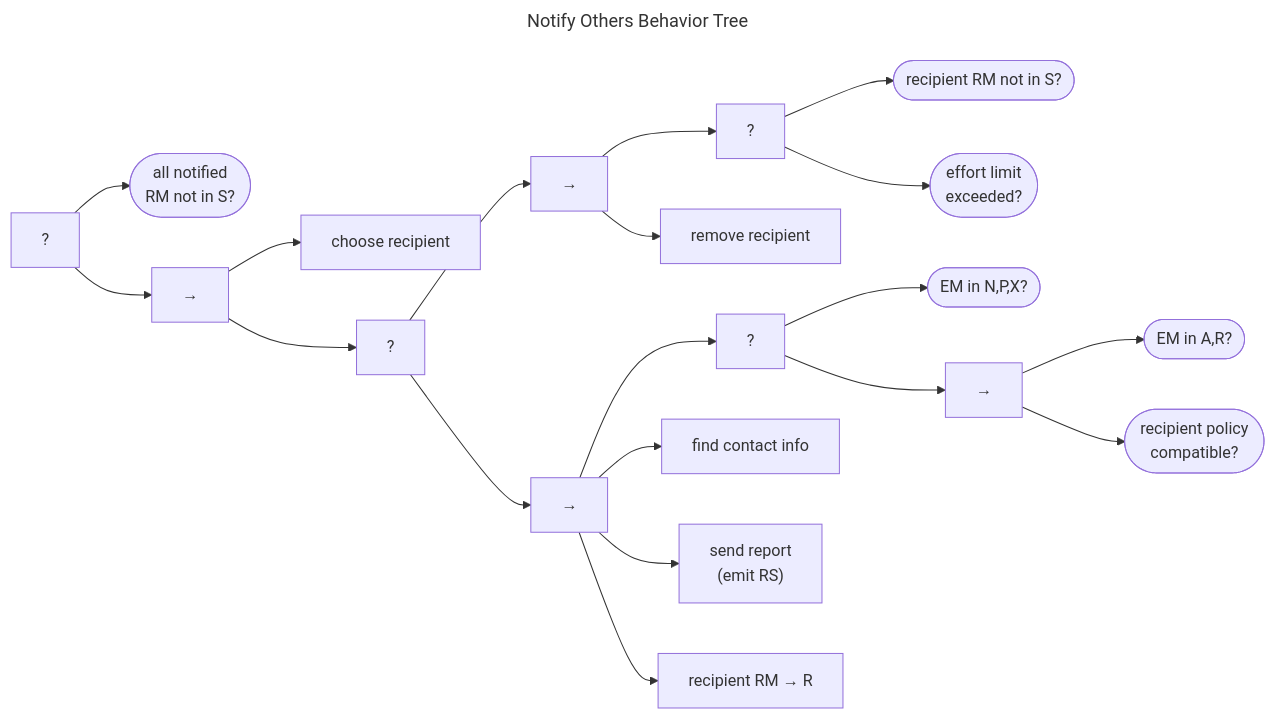
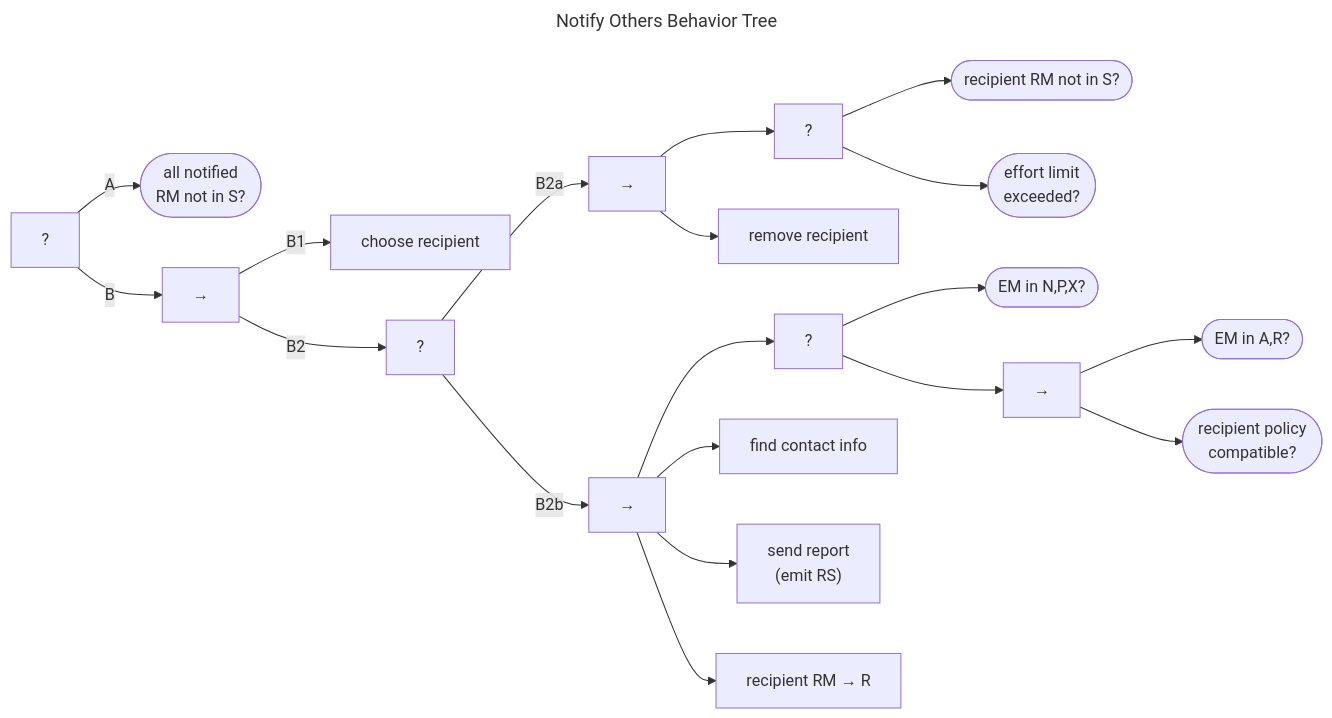
The third of 3 diagrams in docs/topics/behavior_logic/reporting_bt.md (CERTCC/Vultron), drawn with Mermaid before and after one commit. The commit also changed other lines of this file and 21 other files, not shown here.

````diff
--- a/docs/topics/behavior_logic/reporting_bt.md
+++ b/docs/topics/behavior_logic/reporting_bt.md
@@ -61,43 +61,43 @@
 ```mermaid
 ---
 title: Notify Others Behavior Tree
 ---
 flowchart LR
     fb["?"]
     all_notified(["all notified<br/>RM not in S?"])
-    fb --> all_notified
+    fb -->|A| all_notified
     seq["&rarr;"]
-    fb --> seq
+    fb -->|B| seq
     choose_recipient["choose recipient"]
-    seq --> choose_recipient
+    seq -->|B1| choose_recipient
     fb2["?"]
-    seq --> fb2
+    seq -->|B2| fb2
     seq2["&rarr;"]
-    fb2 --> seq2
+    fb2 -->|B2a| seq2
     fb3["?"]
     seq2 --> fb3
     recp_not_in_S(["recipient RM not in S?"])
     fb3 --> recp_not_in_S
     effort_exceeded(["effort limit<br/>exceeded?"])
     fb3 --> effort_exceeded
     remove_recp["remove recipient"]
     seq2 --> remove_recp
     seq3["&rarr;"]
-    fb2 --> seq3
+    fb2 -->|B2b| seq3
     fb4["?"]
     seq3 --> fb4
     em_n_p_x(["EM in N,P,X?"])
     fb4 --> em_n_p_x
     seq4["&rarr;"]
     fb4 --> seq4
     em_a_r(["EM in A,R?"])
     seq4 --> em_a_r
     rcp_policy_compatible(["recipient policy<br/>compatible?"])
     seq4 --> rcp_policy_compatible
     find_contact["find contact info"]
     seq3 --> find_contact
     send_report["send report</br>(emit RS)"]
     seq3 --> send_report
     recp_rm_to_r["recipient RM &rarr; R"]
     seq3 --> recp_rm_to_r
 ```
````
